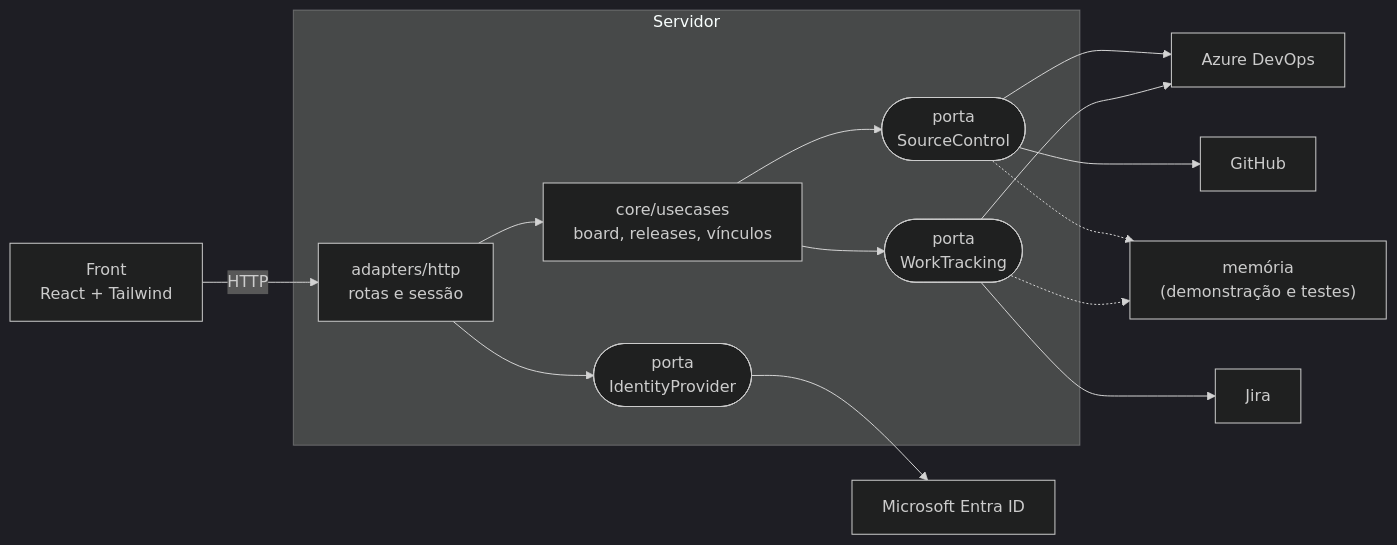
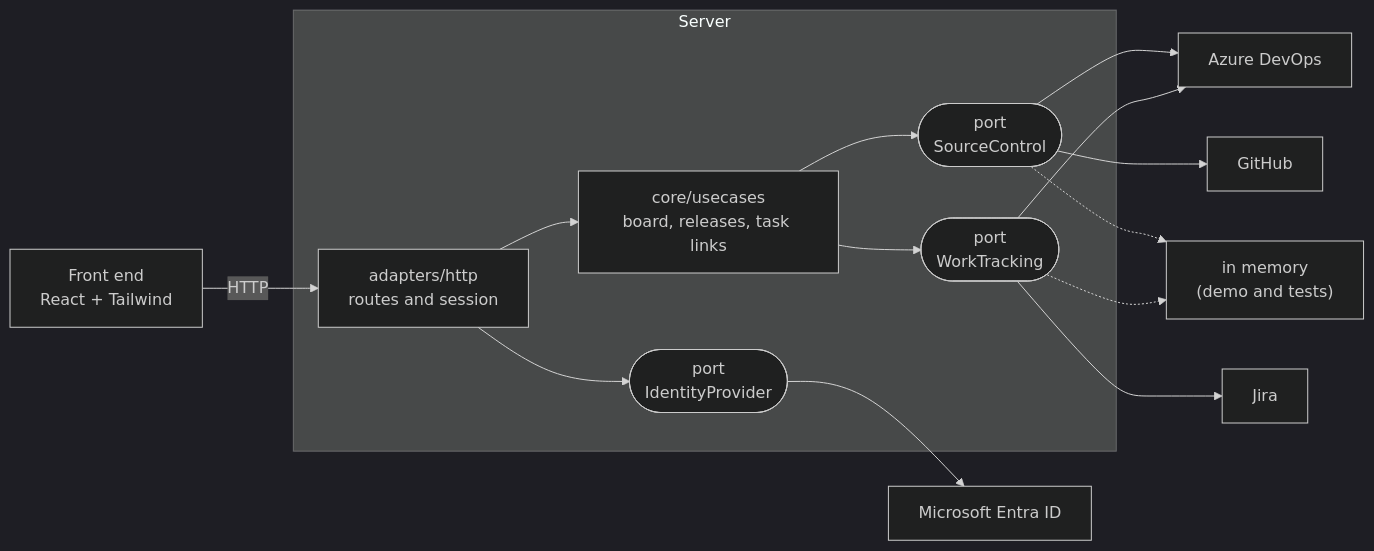
Before and after one commit to fullmetalpedro/release-management: the second of 2 diagrams in README.md, drawn with Mermaid (dark theme). The commit also changed other lines of this file and 11 other files, not shown here.

````diff
--- a/README.md
+++ b/README.md
@@ -137,19 +137,19 @@
 ```mermaid
 flowchart LR
-    Web["Front<br/>React + Tailwind"] -->|HTTP| Http
+    Web["Front end<br/>React + Tailwind"] -->|HTTP| Http
 
-    subgraph Servidor
-        Http["adapters/http<br/>rotas e sessão"] --> Casos["core/usecases<br/>board, releases, vínculos"]
-        Casos --> SC(["porta<br/>SourceControl"])
-        Casos --> WT(["porta<br/>WorkTracking"])
-        Http --> IdP(["porta<br/>IdentityProvider"])
+    subgraph Server
+        Http["adapters/http<br/>routes and session"] --> UseCases["core/usecases<br/>board, releases, task links"]
+        UseCases --> SC(["port<br/>SourceControl"])
+        UseCases --> WT(["port<br/>WorkTracking"])
+        Http --> IdP(["port<br/>IdentityProvider"])
     end
 
     SC --> ADO["Azure DevOps"]
     SC --> GH["GitHub"]
     WT --> ADO
     WT --> Jira["Jira"]
     IdP --> Entra["Microsoft Entra ID"]
-    SC -.-> Mem["memória<br/>(demonstração e testes)"]
+    SC -.-> Mem["in memory<br/>(demo and tests)"]
     WT -.-> Mem
 ```
````
